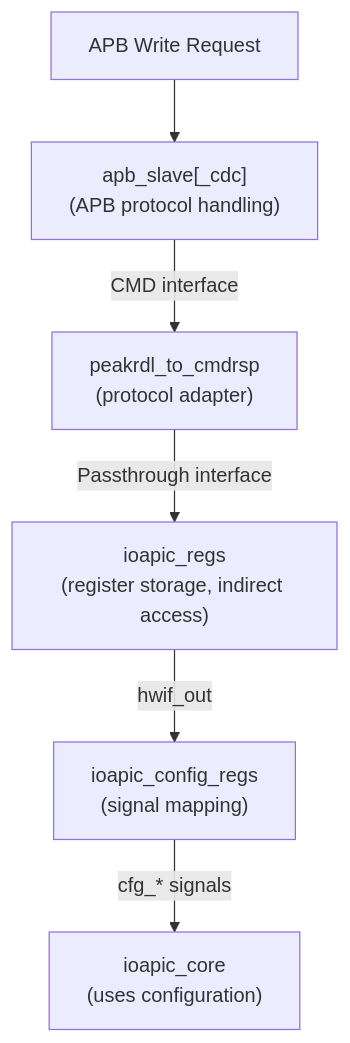
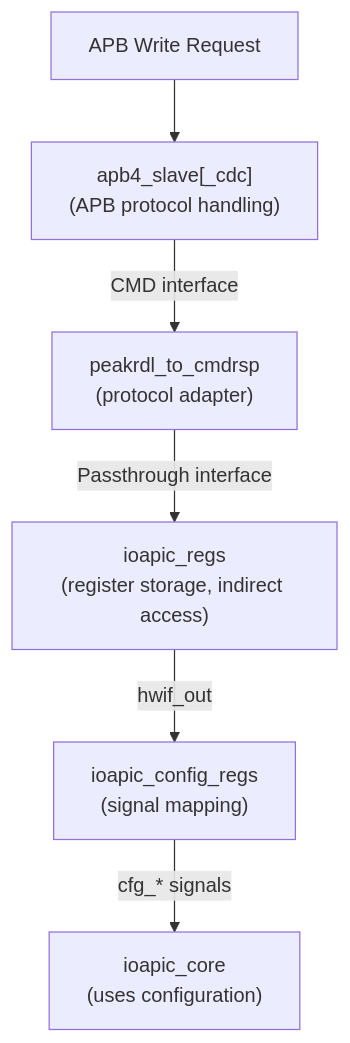
Before and after one commit to sean-galloway/RTLDesignSherpa: the first of 3 diagrams in projects/components/retro_legacy_blocks/docs/ioapic_mas/ch02_blocks/00_overview.md, drawn with Mermaid. The commit also changed other lines of this file and 486 other files, not shown here.

````diff
--- a/projects/components/retro_legacy_blocks/docs/ioapic_mas/ch02_blocks/00_overview.md
+++ b/projects/components/retro_legacy_blocks/docs/ioapic_mas/ch02_blocks/00_overview.md
@@ -88,8 +88,8 @@
 ```mermaid
 flowchart TD
-    A["APB Write Request"] --> B["apb_slave[_cdc]<br/>(APB protocol handling)"]
+    A["APB Write Request"] --> B["apb4_slave[_cdc]<br/>(APB protocol handling)"]
     B -->|"CMD interface"| C["peakrdl_to_cmdrsp<br/>(protocol adapter)"]
     C -->|"Passthrough interface"| D["ioapic_regs<br/>(register storage, indirect access)"]
     D -->|"hwif_out"| E["ioapic_config_regs<br/>(signal mapping)"]
     E -->|"cfg_* signals"| F["ioapic_core<br/>(uses configuration)"]
 ```
````
